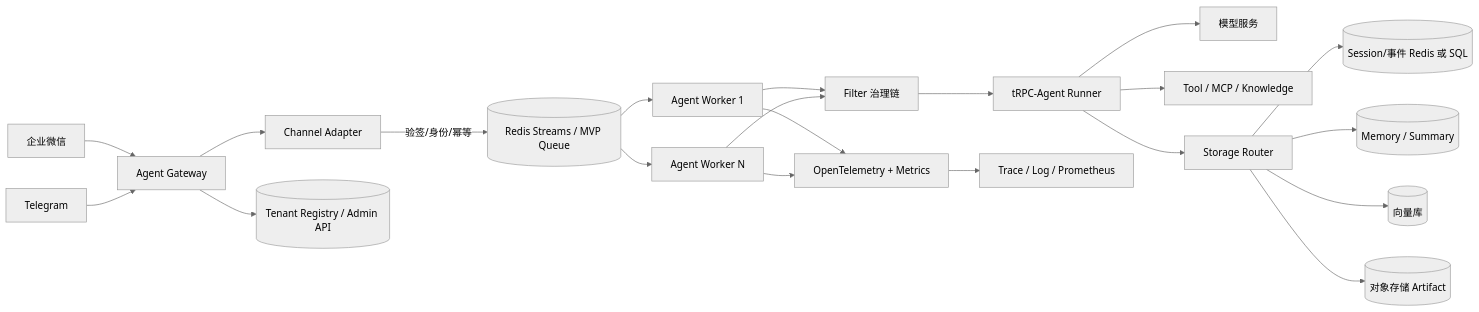
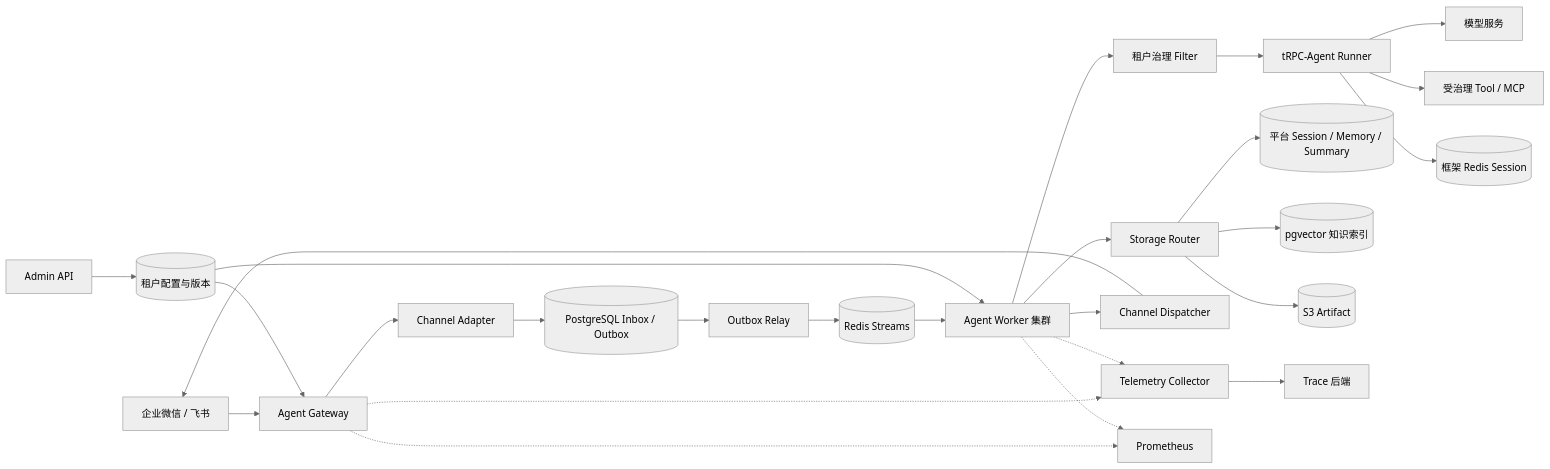
Before and after one commit to sddzhyc/trpc-agent-service: the first of 2 diagrams in docs/architecture.md, drawn with Mermaid (neutral theme). The commit also changed other lines of this file and 32 other files, not shown here.

Commit message:
docs: align architecture with acceptance criteria

````diff
--- a/docs/architecture.md
+++ b/docs/architecture.md
@@ -18,23 +13,28 @@
 ```mermaid
 flowchart LR
-    WX[企业微信] --> GW[Agent Gateway]
-    TG[Telegram] --> GW
-    GW --> CA[Channel Adapter]
-    CA -->|验签/身份/幂等| Q[(Redis Streams / MVP Queue)]
-    Q --> W1[Agent Worker 1]
-    Q --> W2[Agent Worker N]
-    W1 --> F[Filter 治理链]
-    W2 --> F
+    IM[企业微信 / 飞书] --> G[Agent Gateway]
+    G --> CA[Channel Adapter]
+    CA --> IN[(PostgreSQL Inbox / Outbox)]
+    IN --> RELAY[Outbox Relay]
+    RELAY --> Q[(Redis Streams)]
+    Q --> W[Agent Worker 集群]
+    W --> F[租户治理 Filter]
     F --> R[tRPC-Agent Runner]
     R --> M[模型服务]
-    R --> T[Tool / MCP / Knowledge]
-    R --> SR[Storage Router]
-    SR --> SS[(Session/事件 Redis 或 SQL)]
-    SR --> MM[(Memory / Summary)]
-    SR --> VE[(向量库)]
-    SR --> OB[(对象存储 Artifact)]
-    GW --> CFG[(Tenant Registry / Admin API)]
-    W1 --> OT[OpenTelemetry + Metrics]
-    W2 --> OT
-    OT --> OBS[Trace / Log / Prometheus]
+    R --> T[受治理 Tool / MCP]
+    R --> RS[(框架 Redis Session)]
+    W --> SR[Storage Router]
+    SR --> STATE[(平台 Session / Memory / Summary)]
+    SR --> V[(pgvector 知识索引)]
+    SR --> O[(S3 Artifact)]
+    W --> SEND[Channel Dispatcher]
+    SEND --> IM
+    ADMIN[Admin API] --> CFG[(租户配置与版本)]
+    CFG --> G
+    CFG --> W
+    G -.-> OT[Telemetry Collector]
+    W -.-> OT
+    OT --> OBS[Trace 后端]
+    G -.-> PROM[Prometheus]
+    W -.-> PROM
 ```
````
